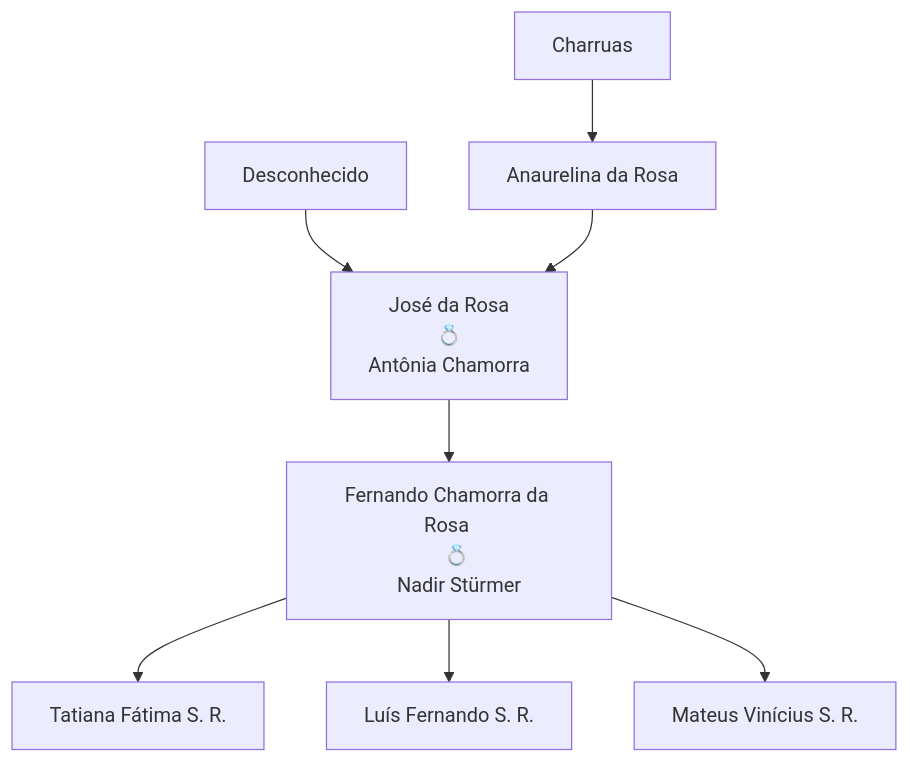
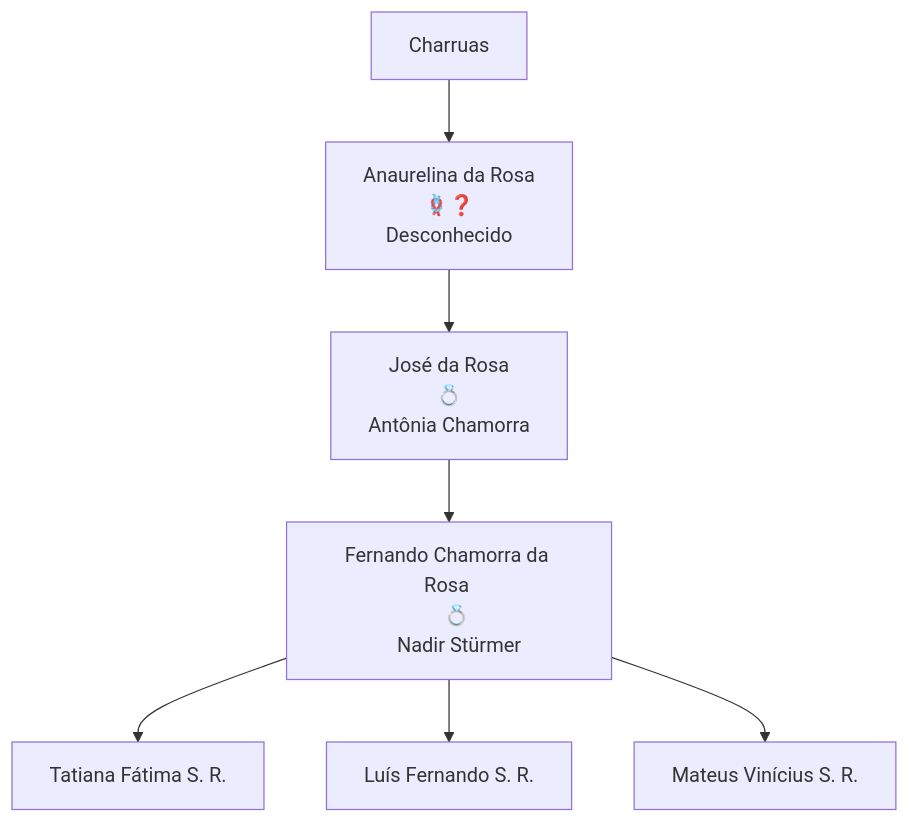
The first of 2 diagrams in docs/genealogia.md (luisfsr/luisfsr.github.io), drawn with Mermaid before and after one commit. The commit also changed other lines of this file, not shown here.

````diff
--- a/docs/genealogia.md
+++ b/docs/genealogia.md
@@ -13,14 +27,15 @@
 ```mermaid
 graph TD
     Charruas --> A
-    a[Desconhecido] --> B
-    A[Anaurelina da Rosa] --> B[José da Rosa 
+    A[Anaurelina da Rosa
+    🪢❓
+    Desconhecido] --> B[José da Rosa 
     💍 
     Antônia Chamorra]
     B --> D[Fernando Chamorra da Rosa 
     💍 
     Nadir Stürmer]
     D --> E[Tatiana Fátima S. R.]
     D --> F[Luís Fernando S. R.]
     D --> G[Mateus Vinícius S. R.]
 ```
````
